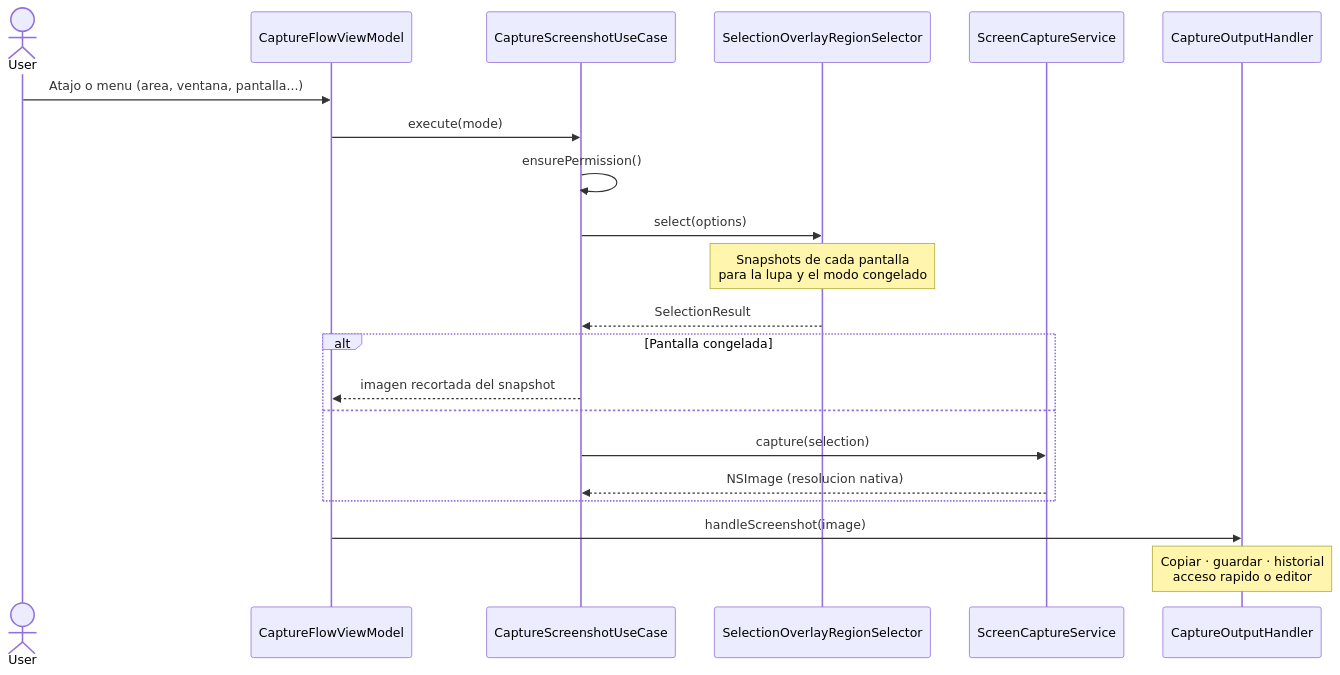
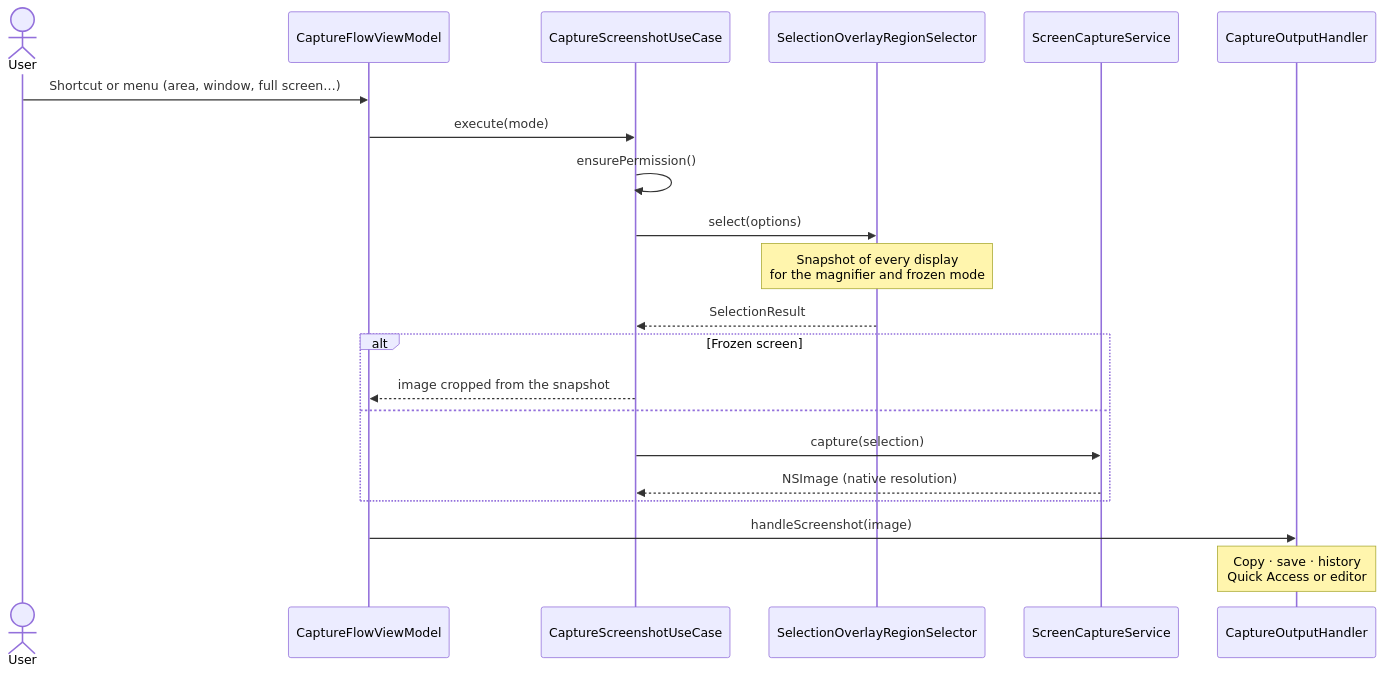
One commit to Osmait/sb-shot changed the second of 3 diagrams in ARCHITECTURE.md. Above: the diagram before and after it, drawn with Mermaid. The commit also changed other lines of this file and 12 other files, not shown here.

````diff
--- a/ARCHITECTURE.md
+++ b/ARCHITECTURE.md
@@ -102,24 +126,24 @@
 ```mermaid
 sequenceDiagram
     actor User
     participant FlowVM as CaptureFlowViewModel
     participant UseCase as CaptureScreenshotUseCase
     participant Selector as SelectionOverlayRegionSelector
     participant Capture as ScreenCaptureService
     participant Output as CaptureOutputHandler
 
-    User->>FlowVM: Atajo o menu (area, ventana, pantalla...)
+    User->>FlowVM: Shortcut or menu (area, window, full screen…)
     FlowVM->>UseCase: execute(mode)
     UseCase->>UseCase: ensurePermission()
     UseCase->>Selector: select(options)
-    Note over Selector: Snapshots de cada pantalla<br/>para la lupa y el modo congelado
+    Note over Selector: Snapshot of every display<br/>for the magnifier and frozen mode
     Selector-->>UseCase: SelectionResult
-    alt Pantalla congelada
-        UseCase-->>FlowVM: imagen recortada del snapshot
+    alt Frozen screen
+        UseCase-->>FlowVM: image cropped from the snapshot
     else
         UseCase->>Capture: capture(selection)
-        Capture-->>UseCase: NSImage (resolucion nativa)
+        Capture-->>UseCase: NSImage (native resolution)
     end
     FlowVM->>Output: handleScreenshot(image)
-    Note over Output: Copiar · guardar · historial<br/>acceso rapido o editor
+    Note over Output: Copy · save · history<br/>Quick Access or editor
 ```
````
